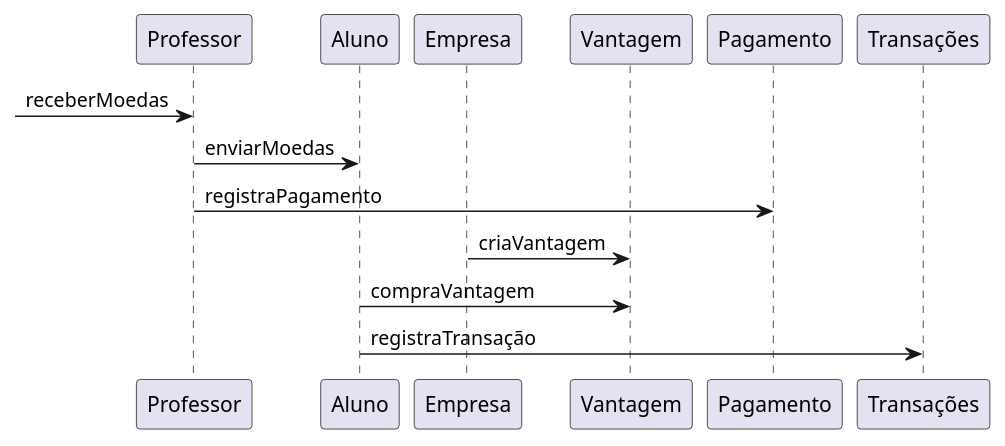
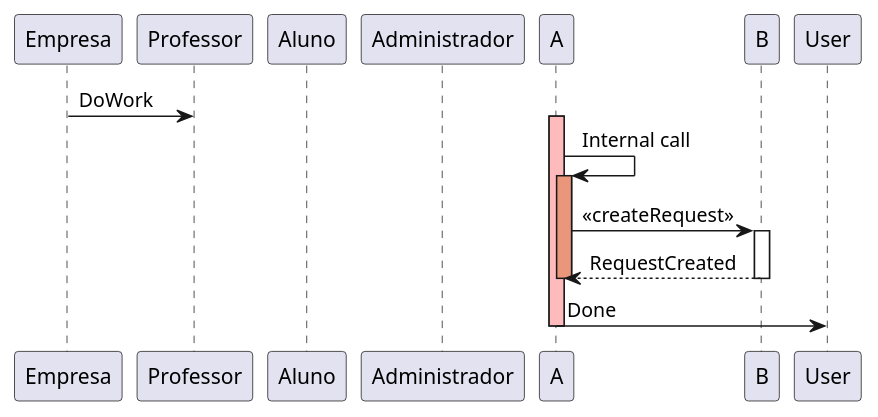
One commit to milenalara/sistema-moeda-estudantil changed the diagram in project/docs/sequencia.puml. Above: the diagram before and after it, drawn with PlantUML. The commit also changed 1 other file, not shown here.

```diff
--- a/project/docs/sequencia.puml
+++ b/project/docs/sequencia.puml
@@ -1,21 +1,22 @@
-@startuml sequencia
-
+@startuml
+participant Empresa as emp
 participant Professor as prof
 participant Aluno as alu
-participant Empresa as emp
-participant Vantagem as van
-participant Pagamento as pay
-participant Transações as tra
+participant Administrador as adm
 
+emp -> prof: DoWork
+activate A #FFBBBB
 
-->prof: receberMoedas
-prof->alu: enviarMoedas
-prof -> pay: registraPagamento
-emp->van: criaVantagem
-alu->van: compraVantagem
-alu->tra: registraTransação
+A -> A: Internal call
+activate A #DarkSalmon
 
+A -> B: << createRequest >>
+activate B
 
-
+B --> A: RequestCreated
+deactivate B
+deactivate A
+A -> User: Done
+deactivate A
 
 @enduml
```
